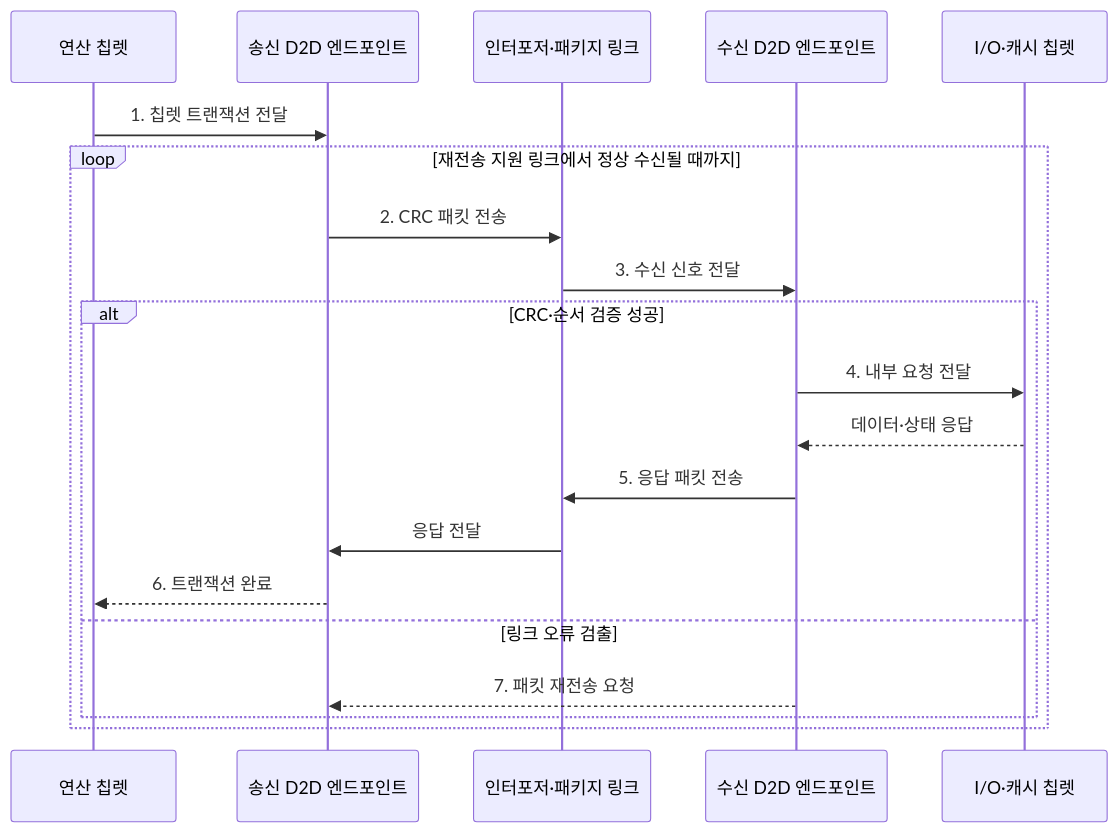
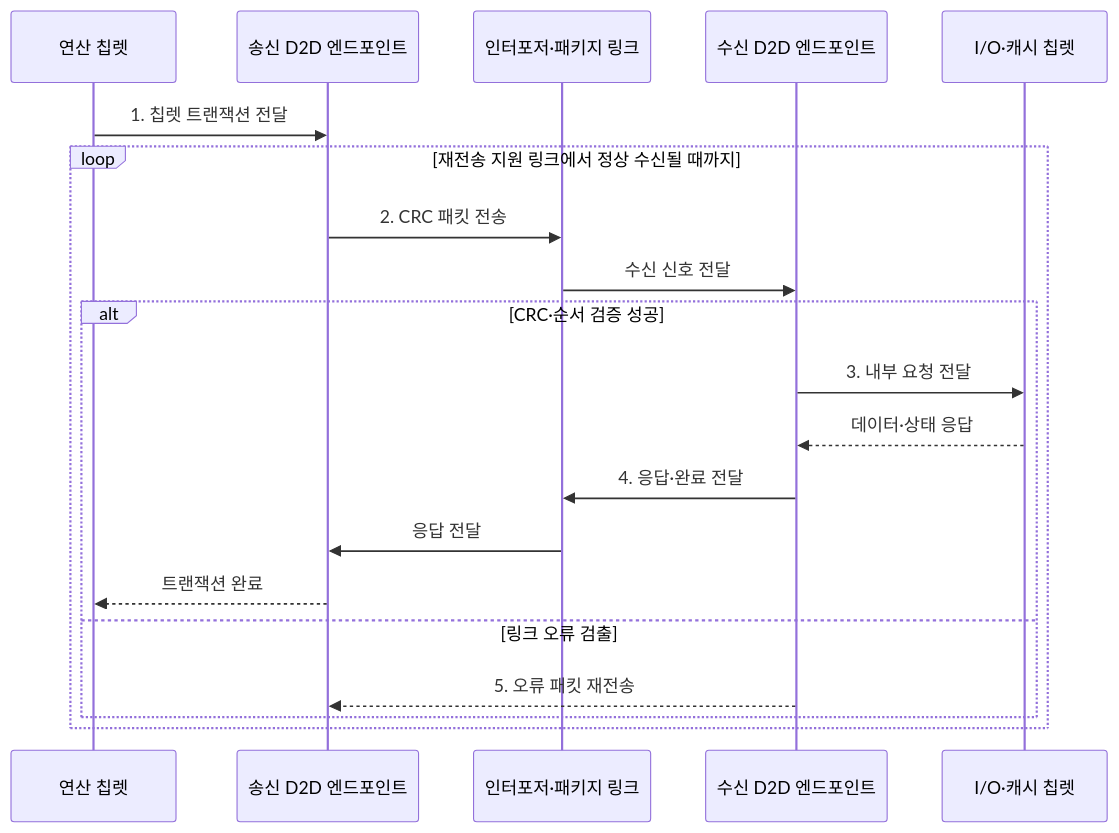
Before and after one commit to agnusdei1207/knowledge-base: the second of 2 diagrams in src/content/docs/notes/02-hardware/049_chiplet.md, drawn with Mermaid. The commit also changed other lines of this file and 86 other files, not shown here.

````diff
--- a/src/content/docs/notes/02-hardware/049_chiplet.md
+++ b/src/content/docs/notes/02-hardware/049_chiplet.md
@@ -86,23 +86,23 @@
 ```mermaid
 sequenceDiagram
     participant C as 연산 칩렛
     participant A as 송신 D2D 엔드포인트
     participant L as 인터포저·패키지 링크
     participant B as 수신 D2D 엔드포인트
     participant I as I/O·캐시 칩렛
 
     C->>A: 1. 칩렛 트랜잭션 전달
     loop 재전송 지원 링크에서 정상 수신될 때까지
         A->>L: 2. CRC 패킷 전송
-        L->>B: 3. 수신 신호 전달
+        L->>B: 수신 신호 전달
         alt CRC·순서 검증 성공
-            B->>I: 4. 내부 요청 전달
+            B->>I: 3. 내부 요청 전달
             I-->>B: 데이터·상태 응답
-            B->>L: 5. 응답 패킷 전송
+            B->>L: 4. 응답·완료 전달
             L->>A: 응답 전달
-            A-->>C: 6. 트랜잭션 완료
+            A-->>C: 트랜잭션 완료
         else 링크 오류 검출
-            B-->>A: 7. 패킷 재전송 요청
+            B-->>A: 5. 오류 패킷 재전송
         end
     end
 ```
````
